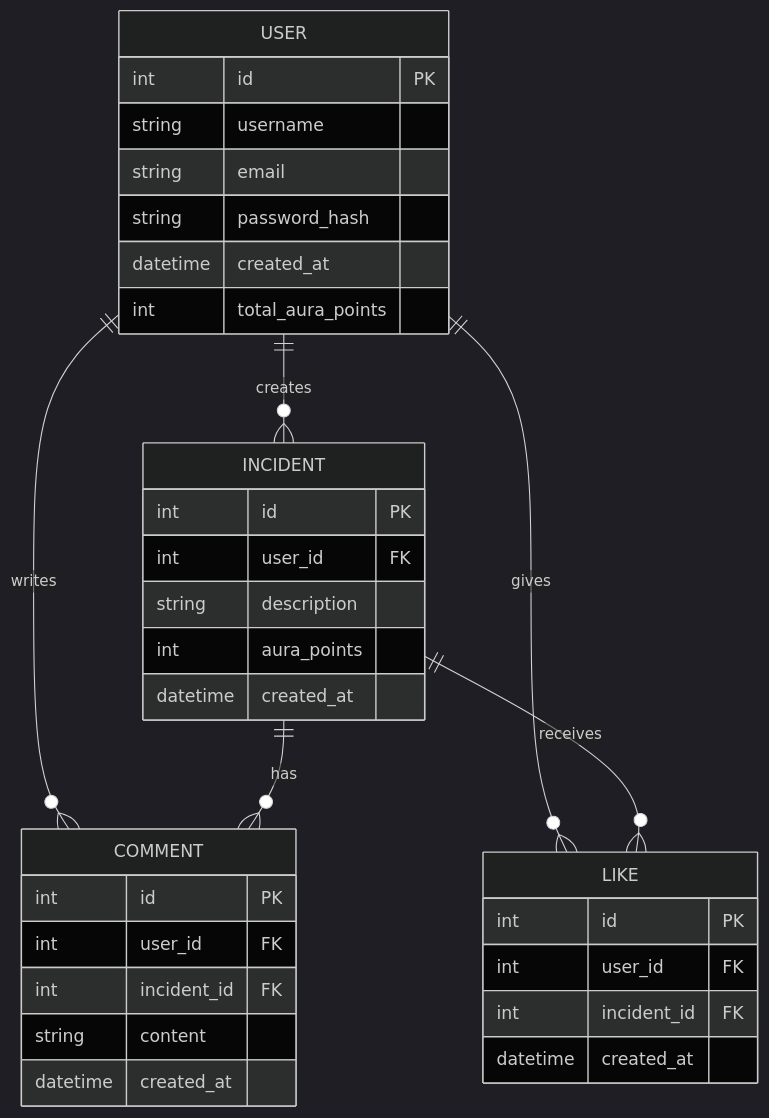
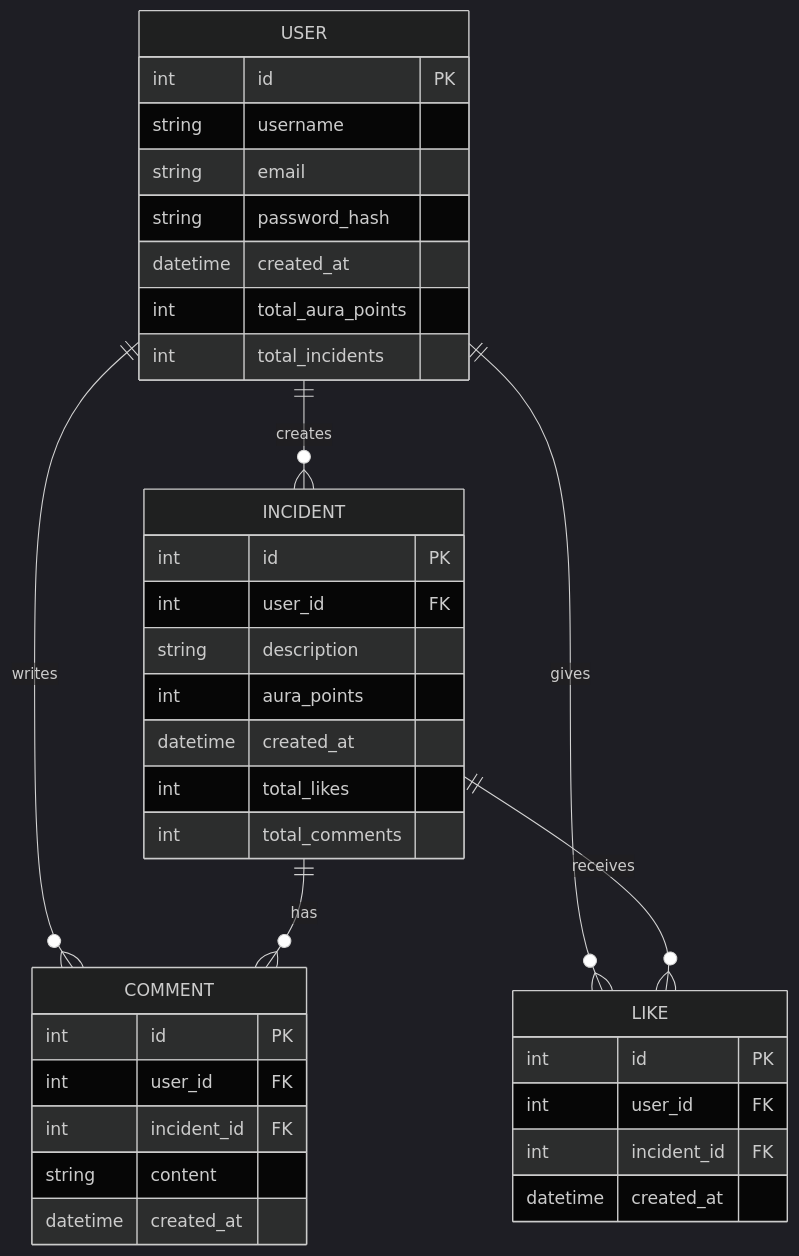
The diagram in aura-application-er-diagram.mermaid (DebmalyaSen34/aura-io), drawn with Mermaid (dark theme) before and after one commit. The commit also changed 10 other files, not shown here.

```diff
--- a/aura-application-er-diagram.mermaid
+++ b/aura-application-er-diagram.mermaid
@@ -1,34 +1,37 @@
 erDiagram
     USER {
         int id PK
         string username
         string email
         string password_hash
         datetime created_at
         int total_aura_points
+        int total_incidents
     }
     INCIDENT {
         int id PK
         int user_id FK
         string description
         int aura_points
         datetime created_at
+        int total_likes
+        int total_comments
     }
     COMMENT {
         int id PK
         int user_id FK
         int incident_id FK
         string content
         datetime created_at
     }
     LIKE {
         int id PK
         int user_id FK
         int incident_id FK
         datetime created_at
     }
     USER ||--o{ INCIDENT : "creates"
     USER ||--o{ COMMENT : "writes"
     USER ||--o{ LIKE : "gives"
     INCIDENT ||--o{ COMMENT : "has"
     INCIDENT ||--o{ LIKE : "receives"
```
